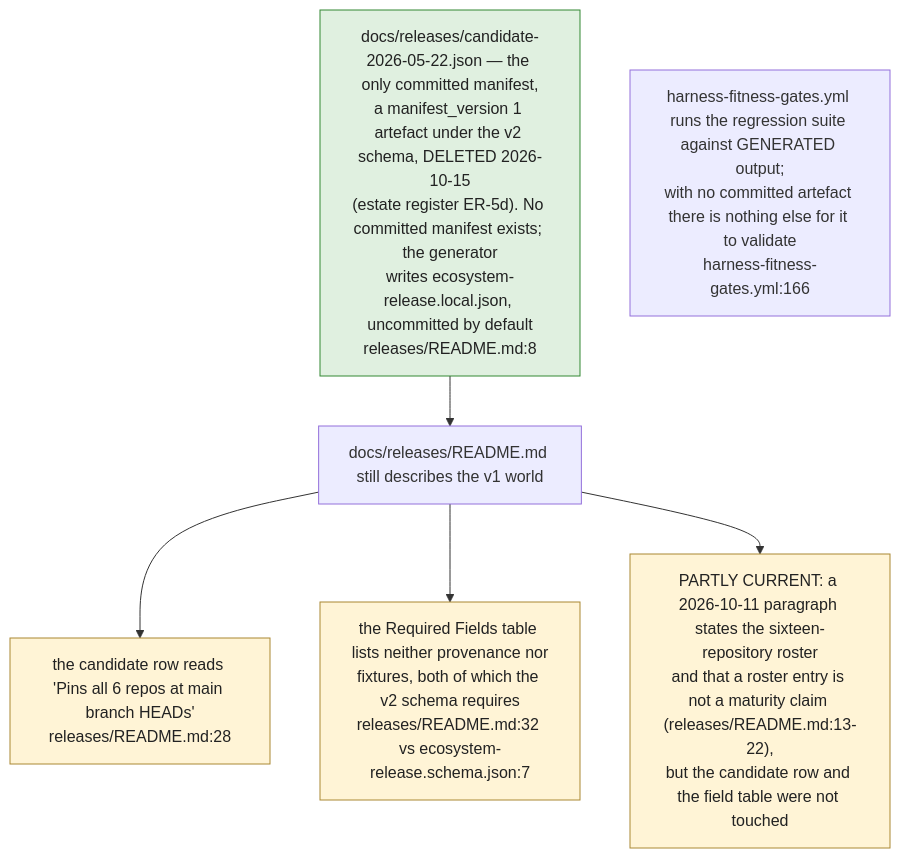
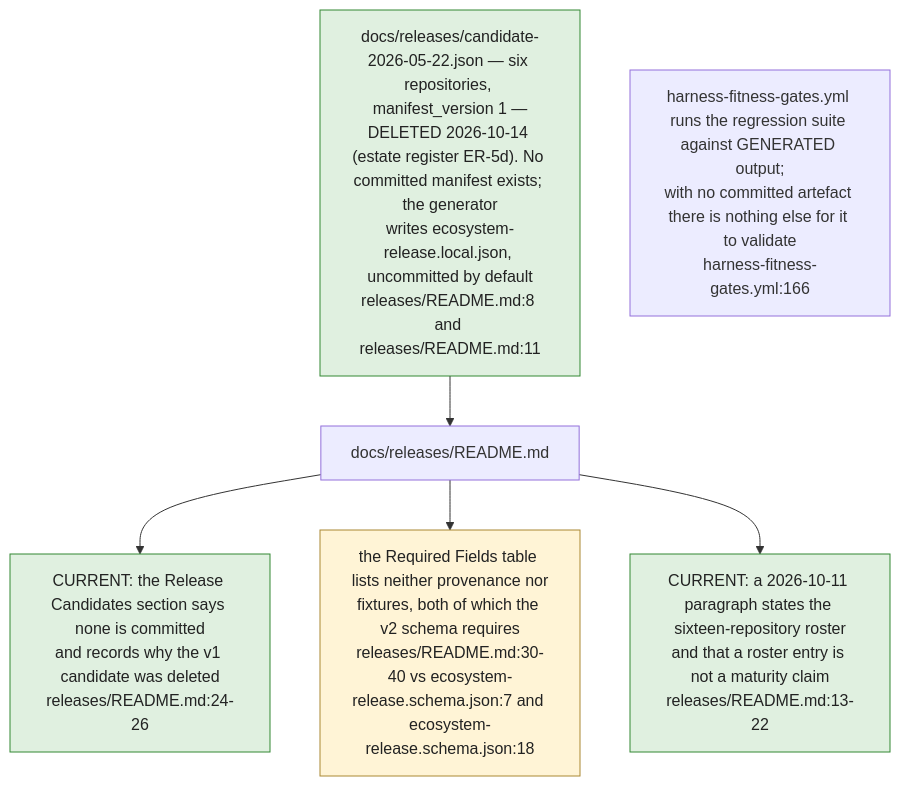
The fifth of 11 diagrams in docs/diagrams/visionflow/07-pitch-presentation-reports.md (DreamLab-AI/VisionFlow), drawn with Mermaid before and after one commit. The commit also changed other lines of this file and 91 other files, not shown here.

First line of the commit message:
docs(audit): estate audit wave 2, every repository except agentbox and VisionClaw

````diff
--- a/docs/diagrams/visionflow/07-pitch-presentation-reports.md
+++ b/docs/diagrams/visionflow/07-pitch-presentation-reports.md
@@ -219,14 +221,14 @@
 ```mermaid
 flowchart TB
     classDef doc fill:#fff4d6,stroke:#aa8833,color:#222
     classDef ok fill:#e0f0e0,stroke:#338833,color:#222
 
-    CAND["docs/releases/candidate-2026-05-22.json — the only committed manifest,<br/>a manifest_version 1 artefact under the v2 schema, DELETED 2026-10-15<br/>(estate register ER-5d). No committed manifest exists; the generator<br/>writes ecosystem-release.local.json, uncommitted by default<br/>releases/README.md:8"]:::ok
+    CAND["docs/releases/candidate-2026-05-22.json — six repositories, manifest_version 1 —<br/>DELETED 2026-10-14 (estate register ER-5d). No committed manifest exists; the generator<br/>writes ecosystem-release.local.json, uncommitted by default<br/>releases/README.md:8 and releases/README.md:11"]:::ok
 
-    RM["docs/releases/README.md still describes the v1 world"] --> D1["the candidate row reads 'Pins all 6 repos at main branch HEADs'<br/>releases/README.md:28"]:::doc
-    RM --> D2["the Required Fields table lists neither provenance nor<br/>fixtures, both of which the v2 schema requires<br/>releases/README.md:32 vs ecosystem-release.schema.json:7"]:::doc
-    RM --> D4["PARTLY CURRENT: a 2026-10-11 paragraph states the sixteen-repository roster<br/>and that a roster entry is not a maturity claim (releases/README.md:13-22),<br/>but the candidate row and the field table were not touched"]:::doc
+    RM["docs/releases/README.md"] --> D1["CURRENT: the Release Candidates section says none is committed<br/>and records why the v1 candidate was deleted<br/>releases/README.md:24-26"]:::ok
+    RM --> D2["the Required Fields table lists neither provenance nor<br/>fixtures, both of which the v2 schema requires<br/>releases/README.md:30-40 vs ecosystem-release.schema.json:7 and ecosystem-release.schema.json:18"]:::doc
+    RM --> D4["CURRENT: a 2026-10-11 paragraph states the sixteen-repository roster<br/>and that a roster entry is not a maturity claim<br/>releases/README.md:13-22"]:::ok
     CAND --> RM
 
     GATE["harness-fitness-gates.yml runs the regression suite against GENERATED output;<br/>with no committed artefact there is nothing else for it to validate<br/>harness-fitness-gates.yml:166"]
 ```
````
